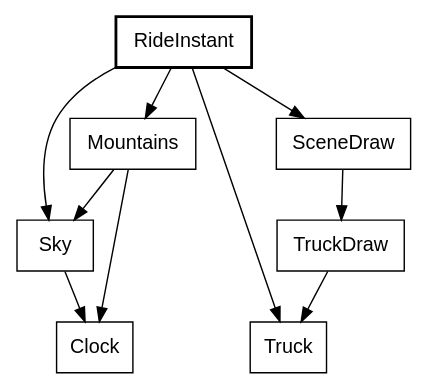
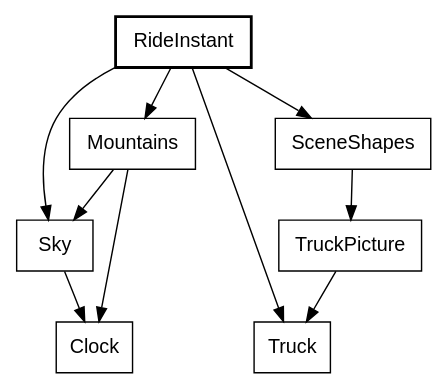
One commit to showell/roc-apps changed diagram 16 of 30 in canvas_apps/safari/tutorial/tutorial.md. Above: the diagram before and after it, drawn with Graphviz. The commit also changed other lines of this file and 19 other files, not shown here.

````diff
--- a/canvas_apps/safari/tutorial/tutorial.md
+++ b/canvas_apps/safari/tutorial/tutorial.md
@@ -1622,15 +1622,15 @@
 ```dot
 digraph headlights {
   node [shape=box, fontname="Helvetica"];
   RideInstant [style=bold];
   RideInstant -> Mountains;
   RideInstant -> Sky;
   RideInstant -> Truck;
-  RideInstant -> SceneDraw;
+  RideInstant -> SceneShapes;
   Mountains -> Sky;
   Mountains -> Clock;
   Sky -> Clock;
-  SceneDraw -> TruckDraw;
-  TruckDraw -> Truck;
+  SceneShapes -> TruckPicture;
+  TruckPicture -> Truck;
 }
 ```
````
